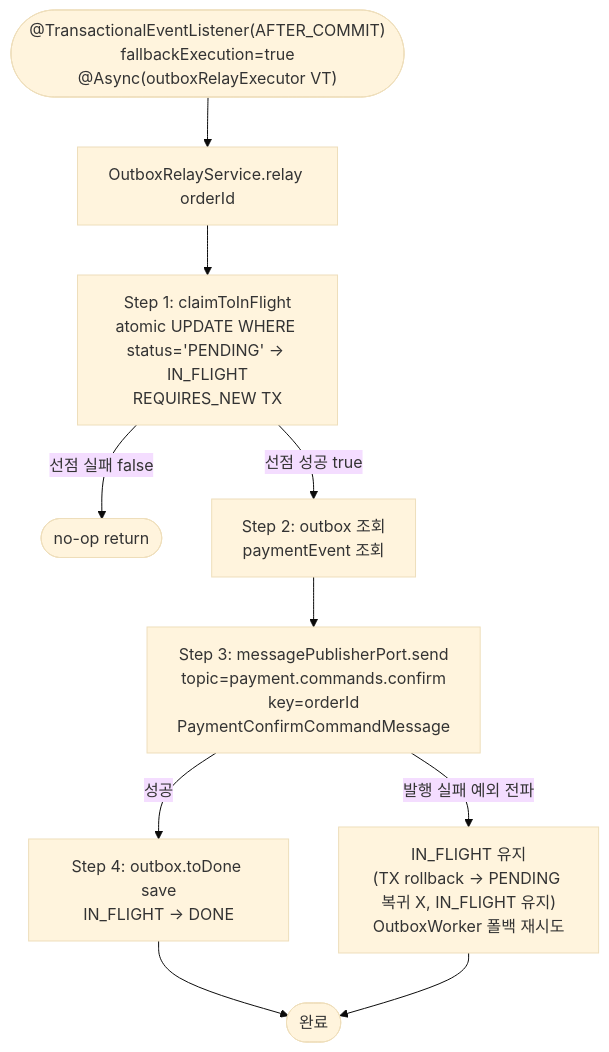
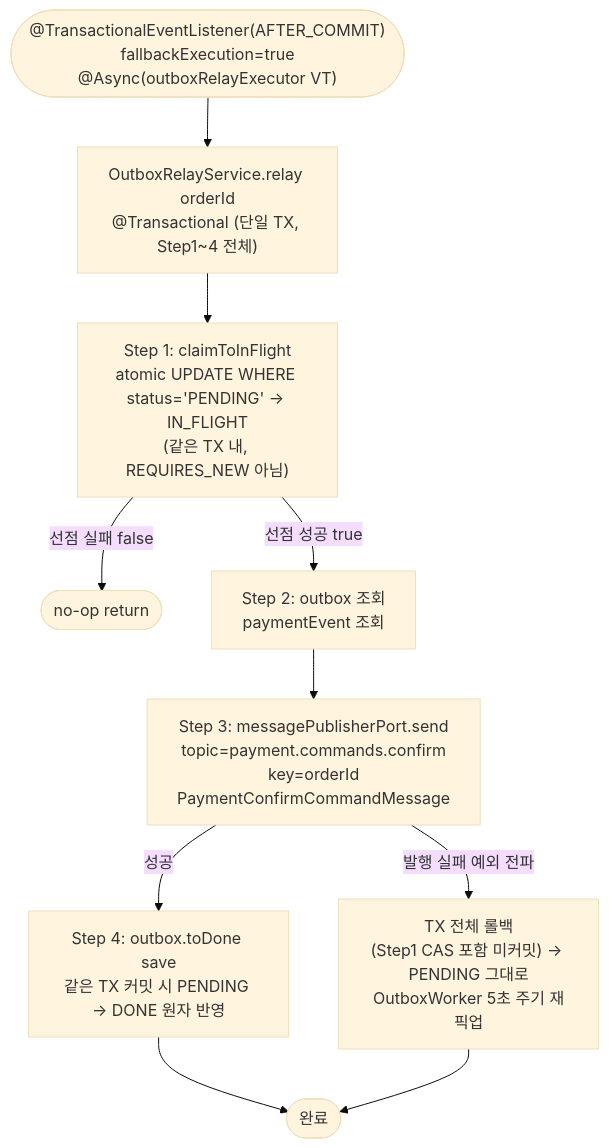
One commit to hyoguoo/payment-platform changed the second of 8 diagrams in docs/context/CONFIRM-FLOW.md. Above: the diagram before and after it, drawn with Mermaid (base theme). The commit also changed other lines of this file and 4 other files, not shown here.

````diff
--- a/docs/context/CONFIRM-FLOW.md
+++ b/docs/context/CONFIRM-FLOW.md
@@ -70,16 +70,16 @@
 ```mermaid
 flowchart TD
-    EV(["@TransactionalEventListener(AFTER_COMMIT)<br/>fallbackExecution=true<br/>@Async(outboxRelayExecutor VT)"]) --> RELAY[OutboxRelayService.relay orderId]
+    EV(["@TransactionalEventListener(AFTER_COMMIT)<br/>fallbackExecution=true<br/>@Async(outboxRelayExecutor VT)"]) --> RELAY["OutboxRelayService.relay orderId<br/>@Transactional (단일 TX, Step1~4 전체)"]
 
-    RELAY --> CL["Step 1: claimToInFlight<br/>atomic UPDATE WHERE status='PENDING' → IN_FLIGHT<br/>REQUIRES_NEW TX"]
+    RELAY --> CL["Step 1: claimToInFlight<br/>atomic UPDATE WHERE status='PENDING' → IN_FLIGHT<br/>(같은 TX 내, REQUIRES_NEW 아님)"]
     CL -->|선점 실패 false| SKIP([no-op return])
     CL -->|선점 성공 true| LOAD[Step 2: outbox 조회<br/>paymentEvent 조회]
 
     LOAD --> SEND["Step 3: messagePublisherPort.send<br/>topic=payment.commands.confirm<br/>key=orderId<br/>PaymentConfirmCommandMessage"]
 
-    SEND -->|발행 실패 예외 전파| HOLD["IN_FLIGHT 유지<br/>(TX rollback → PENDING 복귀 X, IN_FLIGHT 유지)<br/>OutboxWorker 폴백 재시도"]
-    SEND -->|성공| DONE["Step 4: outbox.toDone save<br/>IN_FLIGHT → DONE"]
+    SEND -->|발행 실패 예외 전파| ROLLBACK["TX 전체 롤백<br/>(Step1 CAS 포함 미커밋) → PENDING 그대로<br/>OutboxWorker 5초 주기 재픽업"]
+    SEND -->|성공| DONE["Step 4: outbox.toDone save<br/>같은 TX 커밋 시 PENDING → DONE 원자 반영"]
 
     DONE --> END([완료])
-    HOLD --> END
+    ROLLBACK --> END
 ```
````
